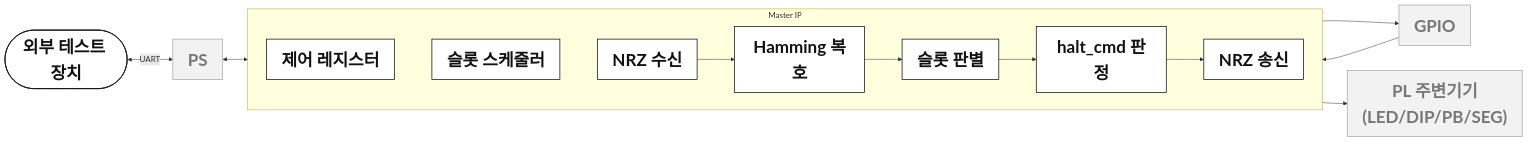
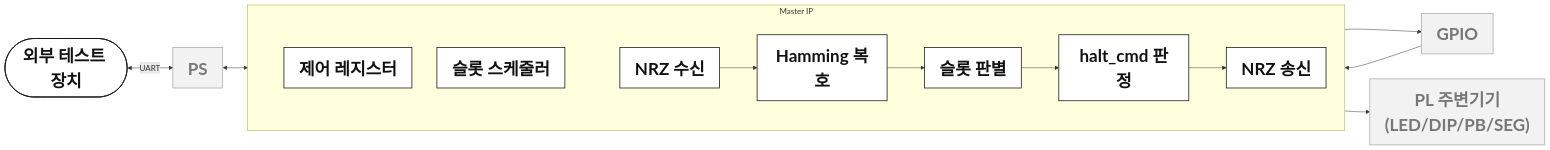
One commit to Woodong02/SoC_Design_and_Programming changed the diagram in diagrams/section3/zoom/m_masterip.mmd. Above: the diagram before and after it, drawn with Mermaid.

Commit message:
WIP: stack control register and slot scheduler vertically in Master IP diagram
Claude-Session: https://claude.ai/code/session_01HsnhTJYvcfwdgYabPyirFp

```diff
--- a/diagrams/section3/zoom/m_masterip.mmd
+++ b/diagrams/section3/zoom/m_masterip.mmd
@@ -1,32 +1,35 @@
 %%{init: {'themeVariables': {'fontSize': '34px'}}, 'flowchart': {'nodeSpacing': 35, 'rankSpacing': 55}}%%
 flowchart LR
     EXT(["외부 테스트 장치"]):::node
     PS["PS"]:::dim
     GPIO["GPIO"]:::dim
     PLPERIPH["PL 주변기기\n(LED/DIP/PB/SEG)"]:::dim
 
     subgraph MASTERB ["Master IP"]
         direction LR
-        CTRLREG["제어 레지스터"]:::node
-        SLOT["슬롯 스케줄러"]:::node
+        subgraph REGGROUP [" "]
+            direction TB
+            CTRLREG["제어 레지스터"]:::node
+            SLOT["슬롯 스케줄러"]:::node
+        end
         RX["NRZ 수신"]:::node
         DEC["Hamming 복호"]:::node
         SLOTDET["슬롯 판별"]:::node
         HALT["halt_cmd 판정"]:::node
         TX["NRZ 송신"]:::node
 
-        CTRLREG ~~~ SLOT
-        SLOT ~~~ RX
+        REGGROUP ~~~ RX
         RX --> DEC
         DEC --> SLOTDET
         SLOTDET --> HALT
         HALT --> TX
     end
 
     EXT <-->|"UART"| PS
     PS <--> MASTERB
     GPIO --> RX
     TX --> GPIO
     MASTERB --> PLPERIPH
 classDef node fill:#FFFFFF,stroke:#111111,stroke-width:1.5px,color:#111111,font-weight:bold,font-size:34px
 classDef dim fill:#F2F2F2,stroke:#AAAAAA,color:#777777,font-weight:bold,font-size:34px
+style REGGROUP fill:none,stroke:none
```
